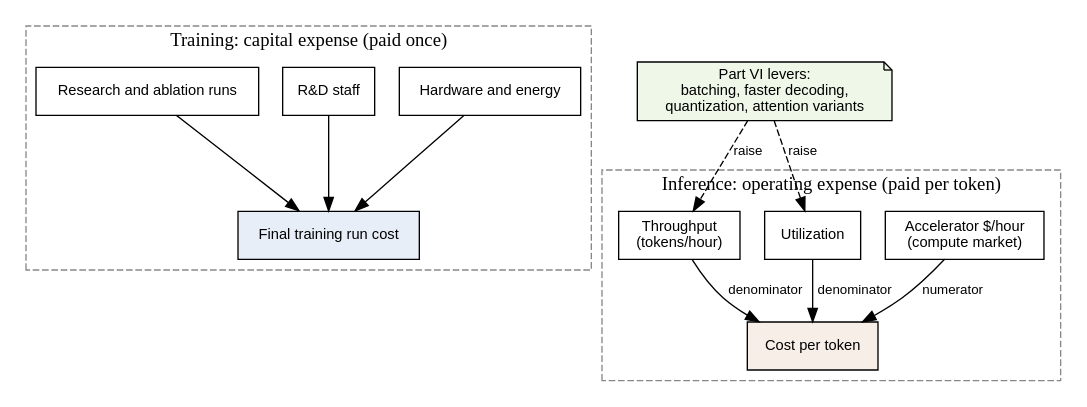
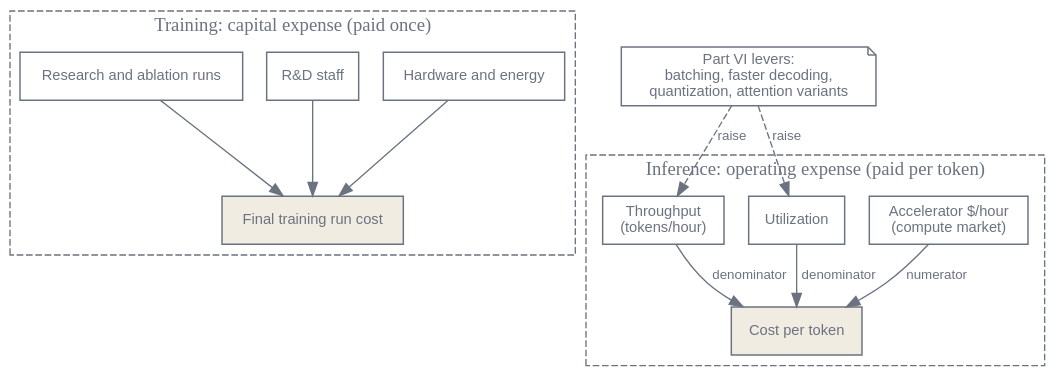
One commit to latere-ai/ai-as-an-infrastructure changed the first of 2 diagrams in en/p9-ecosystem/37-economics.qmd. Above: the diagram before and after it, drawn with Graphviz. The commit also changed other lines of this file and 186 other files, not shown here.

First line of the commit message:
book: visual audit pass on all diagrams and figures

````diff
--- a/en/p9-ecosystem/37-economics.qmd
+++ b/en/p9-ecosystem/37-economics.qmd
@@ -71,39 +71,42 @@
 ```{dot}
 //| label: fig-economics-cost-structures
 //| fig-cap: "The two cost structures decomposed. Training is a sum of one-time parts paid before any value returns. Inference is a per-token ratio, and the denominator is what the serving stack attacks."
 digraph cost_structures {
+  bgcolor="transparent";
   rankdir=TB;
-  node [shape=box, fontname="Helvetica", fontsize=11];
-  edge [fontname="Helvetica", fontsize=10];
+  node [shape=box, fontname="Helvetica", fontsize=11, color="#6b7280", fontcolor="#6b7280", penwidth=1.1];
+  edge [fontname="Helvetica", fontsize=10, color="#6b7280", fontcolor="#6b7280"];
 
   subgraph cluster_capex {
     label="Training: capital expense (paid once)";
     style=dashed;
-    color="#888888";
-    train [label="Final training run cost", shape=box, style=filled, fillcolor="#e8eef7"];
+    color="#6b7280";
+    fontcolor="#6b7280";
+    train [label="Final training run cost", shape=box, style=filled, fillcolor="#f1ece1"];
     hw [label="Hardware and energy"];
     rnd [label="R&D staff"];
     abl [label="Research and ablation runs"];
     hw -> train;
     rnd -> train;
     abl -> train;
   }
 
   subgraph cluster_opex {
     label="Inference: operating expense (paid per token)";
     style=dashed;
-    color="#888888";
-    unit [label="Cost per token", shape=box, style=filled, fillcolor="#f7eee8"];
+    color="#6b7280";
+    fontcolor="#6b7280";
+    unit [label="Cost per token", shape=box, style=filled, fillcolor="#f1ece1"];
     price [label="Accelerator $/hour\n(compute market)"];
     thr [label="Throughput\n(tokens/hour)"];
     util [label="Utilization"];
     price -> unit [label="numerator"];
     thr -> unit [label="denominator"];
     util -> unit [label="denominator"];
   }
 
-  lever [label="Part VI levers:\nbatching, faster decoding,\nquantization, attention variants", shape=note, fillcolor="#eef7e8", style=filled];
+  lever [label="Part VI levers:\nbatching, faster decoding,\nquantization, attention variants", shape=note];
   lever -> thr [style=dashed, label="raise"];
   lever -> util [style=dashed, label="raise"];
 }
 ```
````
